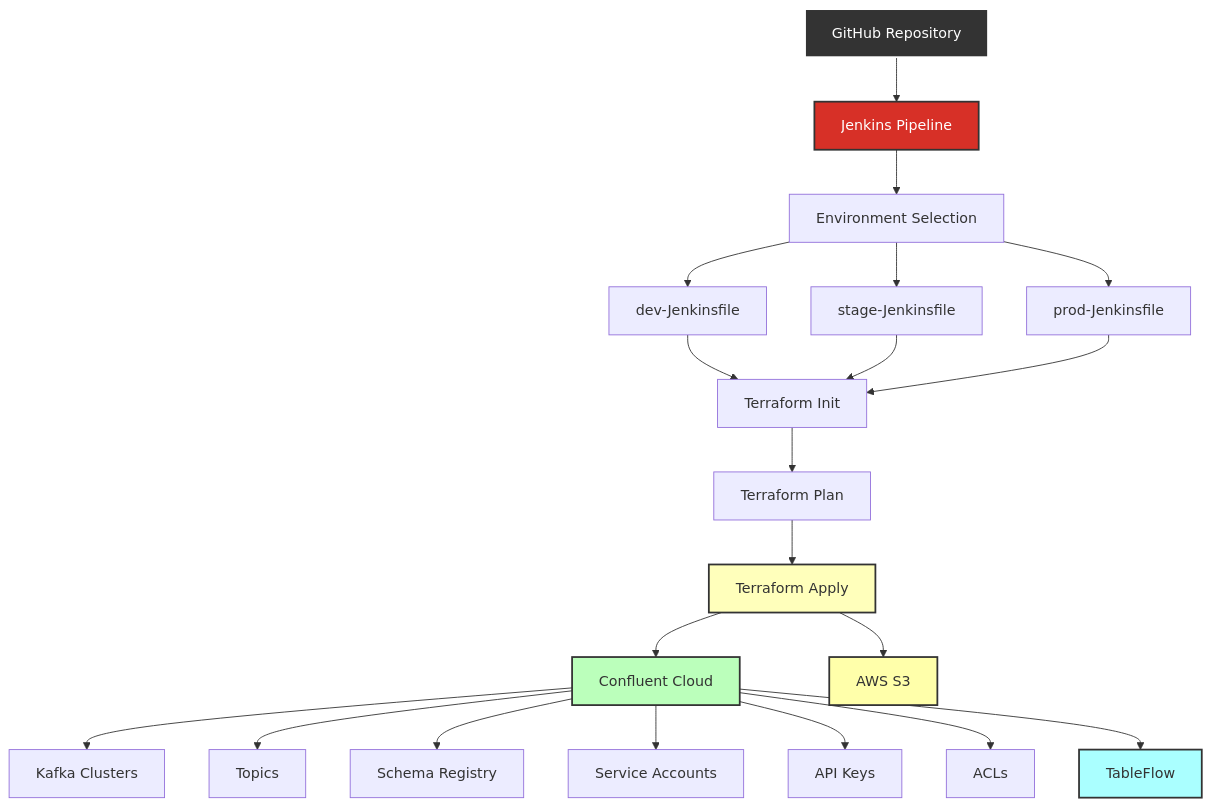
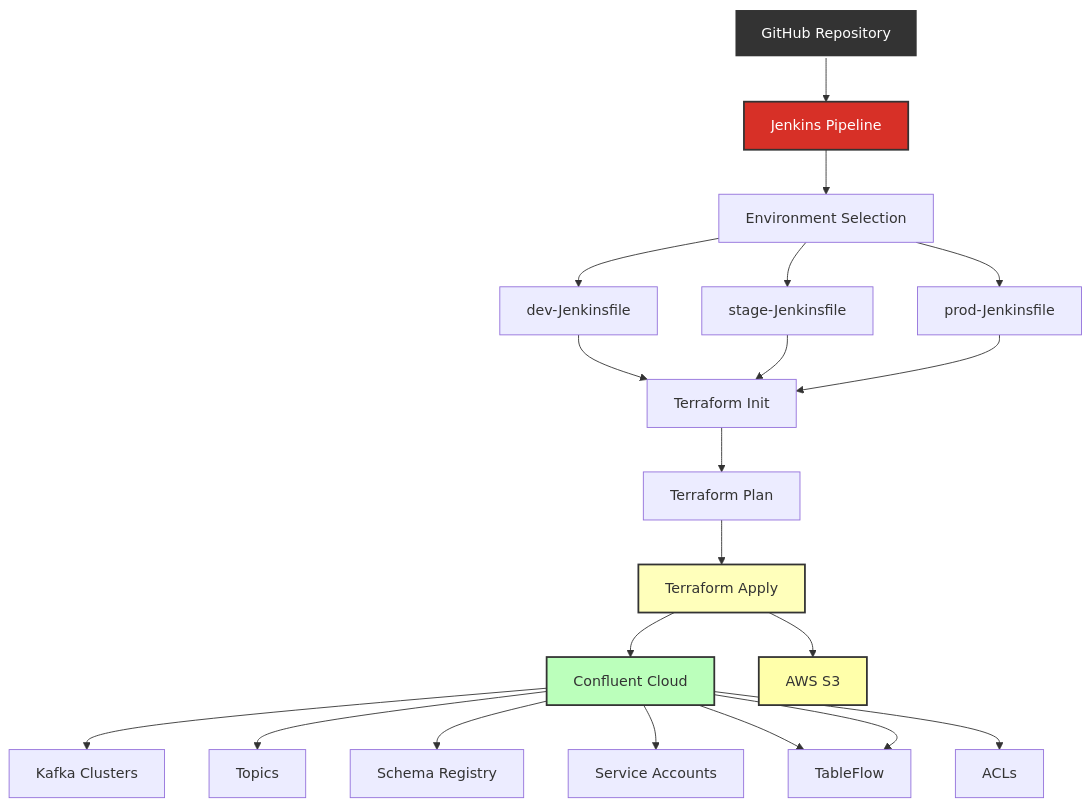
The diagram in README.md (ssantrosyan777/confluent-provisioning), drawn with Mermaid before and after one commit.

````diff
--- a/README.md
+++ b/README.md
@@ -62,29 +62,28 @@
 ```mermaid
 graph TD
     A[GitHub Repository] --> B[Jenkins Pipeline]
     B --> C[Environment Selection]
     C --> D[dev-Jenkinsfile]
     C --> E[stage-Jenkinsfile]
     C --> F[prod-Jenkinsfile]
     D --> G[Terraform Init]
     E --> G
     F --> G
     G --> H[Terraform Plan]
     H --> I[Terraform Apply]
     I --> J[Confluent Cloud]
     I --> Q[AWS S3]
     J --> K[Kafka Clusters]
     J --> L[Topics]
     J --> M[Schema Registry]
     J --> N[Service Accounts]
     J --> O[API Keys]
     J --> P[ACLs]
-    J --> R[TableFlow]
+    J --> O[TableFlow]
     
     style A fill:#333,stroke:#fff,stroke-width:2px,color:#fff
     style B fill:#d73027,stroke:#333,stroke-width:2px,color:#fff
     style J fill:#bfb,stroke:#333,stroke-width:2px
     style I fill:#ffb,stroke:#333,stroke-width:2px
     style Q fill:#ffa,stroke:#333,stroke-width:2px
-    style R fill:#aff,stroke:#333,stroke-width:2px
 ```
````
